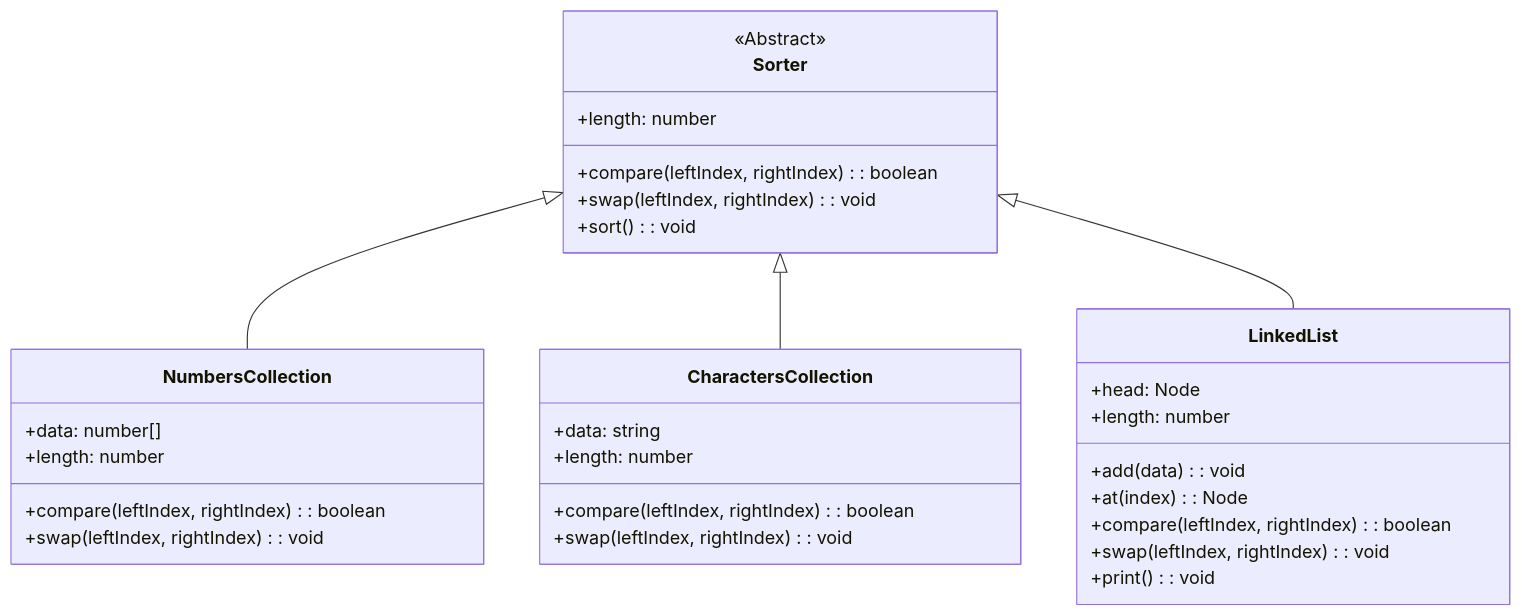
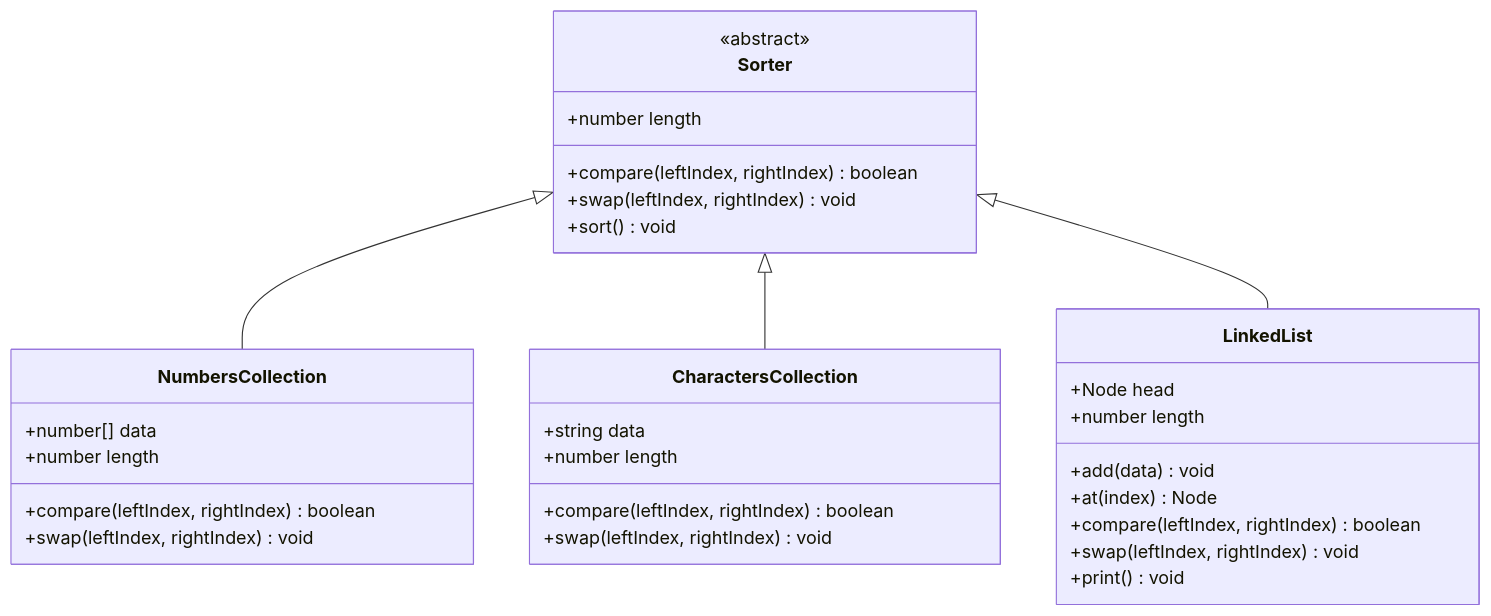
One commit to enwolf/Typescript-Exercises changed the diagram in Sort/README.md. Above: the diagram before and after it, drawn with Mermaid.

Commit message:
Fixed Error in clsss diagram

````diff
--- a/Sort/README.md
+++ b/Sort/README.md
@@ -11,34 +11,34 @@
 ```mermaid
 classDiagram
     class Sorter {
-        <<Abstract>>
-        +length: number
-        +compare(leftIndex, rightIndex) : boolean
-        +swap(leftIndex, rightIndex) : void
-        +sort() : void
+        <<abstract>>
+        +number length
+        +compare(leftIndex, rightIndex) boolean
+        +swap(leftIndex, rightIndex) void
+        +sort() void
     }
     class NumbersCollection {
-        +data: number[]
-        +length: number
-        +compare(leftIndex, rightIndex) : boolean
-        +swap(leftIndex, rightIndex) : void
+        +number[] data
+        +number length
+        +compare(leftIndex, rightIndex) boolean
+        +swap(leftIndex, rightIndex) void
     }
     class CharactersCollection {
-        +data: string
-        +length: number
-        +compare(leftIndex, rightIndex) : boolean
-        +swap(leftIndex, rightIndex) : void
+        +string data
+        +number length
+        +compare(leftIndex, rightIndex) boolean
+        +swap(leftIndex, rightIndex) void
     }
     class LinkedList {
-        +head: Node
-        +length: number
-        +add(data) : void
-        +at(index) : Node
-        +compare(leftIndex, rightIndex) : boolean
-        +swap(leftIndex, rightIndex) : void
-        +print() : void
+        +Node head
+        +number length
+        +add(data) void
+        +at(index) Node
+        +compare(leftIndex, rightIndex) boolean
+        +swap(leftIndex, rightIndex) void
+        +print() void
     }
     Sorter <|-- NumbersCollection
     Sorter <|-- CharactersCollection
     Sorter <|-- LinkedList
 ```
````
